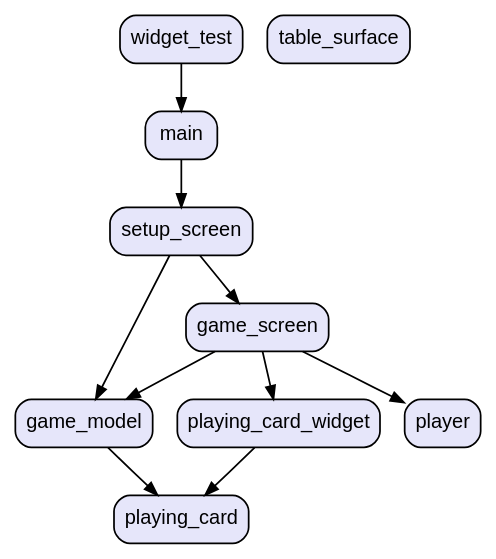
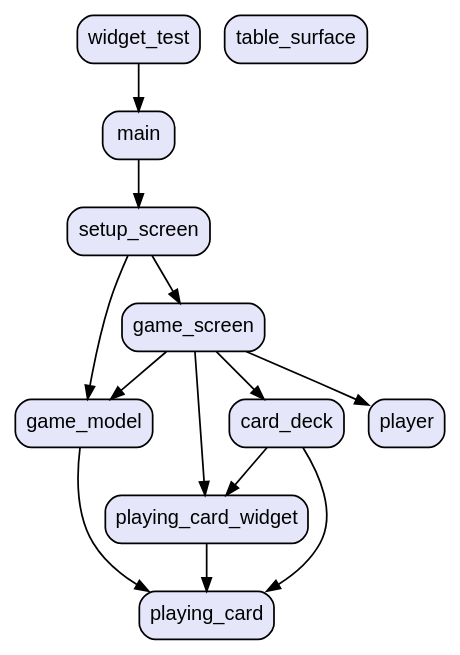
Before and after one commit to vteam-com/cards: the diagram in graph.dot, drawn with Graphviz. The commit also changed 5 other files, not shown here.

```diff
--- a/graph.dot
+++ b/graph.dot
@@ -1,23 +1,27 @@
 digraph "" {
   graph [style=rounded fontname="Arial Black" fontsize=13 penwidth=2.6];
   node [shape=rect style="filled,rounded" fontname=Arial fontsize=15 fillcolor=Lavender penwidth=1.3];
   edge [penwidth=1.3];
   "/lib/game_model.dart" [label="game_model"];
   "/lib/game_screen.dart" [label="game_screen"];
   "/lib/main.dart" [label="main"];
   "/lib/playing_card.dart" [label="playing_card"];
   "/lib/playing_card_widget.dart" [label="playing_card_widget"];
   "/lib/setup_screen.dart" [label="setup_screen"];
+  "/lib/widgets/card_deck.dart" [label="card_deck"];
   "/lib/widgets/player.dart" [label="player"];
   "/lib/widgets/table_surface.dart" [label="table_surface"];
   "/test/widget_test.dart" [label="widget_test"];
   "/lib/game_model.dart" -> "/lib/playing_card.dart";
+  "/lib/game_screen.dart" -> "/lib/playing_card_widget.dart";
+  "/lib/game_screen.dart" -> "/lib/widgets/card_deck.dart";
+  "/lib/game_screen.dart" -> "/lib/widgets/player.dart";
   "/lib/game_screen.dart" -> "/lib/game_model.dart";
-  "/lib/game_screen.dart" -> "/lib/widgets/player.dart";
-  "/lib/game_screen.dart" -> "/lib/playing_card_widget.dart";
   "/lib/main.dart" -> "/lib/setup_screen.dart";
   "/lib/playing_card_widget.dart" -> "/lib/playing_card.dart";
   "/lib/setup_screen.dart" -> "/lib/game_model.dart";
   "/lib/setup_screen.dart" -> "/lib/game_screen.dart";
+  "/lib/widgets/card_deck.dart" -> "/lib/playing_card.dart";
+  "/lib/widgets/card_deck.dart" -> "/lib/playing_card_widget.dart";
   "/test/widget_test.dart" -> "/lib/main.dart";
 }
```
